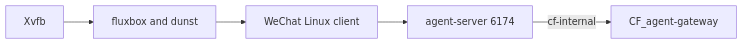
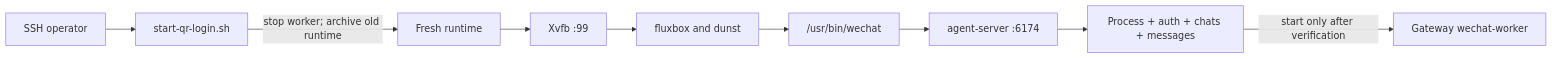
One commit to Tangbohu09527/CF_agent-wechat changed the first of 2 diagrams in docs/01_架构设计.md. Above: the diagram before and after it, drawn with Mermaid. The commit also changed other lines of this file and 10 other files, not shown here.

````diff
--- a/docs/01_架构设计.md
+++ b/docs/01_架构设计.md
@@ -7,12 +12,20 @@
 ```mermaid
 flowchart LR
-    X[Xvfb]
-    D[fluxbox and dunst]
-    W[WeChat Linux client]
-    A[agent-server 6174]
-    G[CF_agent-gateway]
+    O["SSH operator"]
+    Q["start-qr-login.sh"]
+    R["Fresh runtime"]
+    X["Xvfb :99"]
+    D["fluxbox and dunst"]
+    W["/usr/bin/wechat"]
+    A["agent-server :6174"]
+    V["Process + auth + chats + messages"]
+    G["Gateway wechat-worker"]
+    O --> Q
+    Q -->|"stop worker; archive old runtime"| R
+    R --> X
     X --> D
     D --> W
     W --> A
-    A -->|cf-internal| G
+    A --> V
+    V -->|"start only after verification"| G
 ```
````
